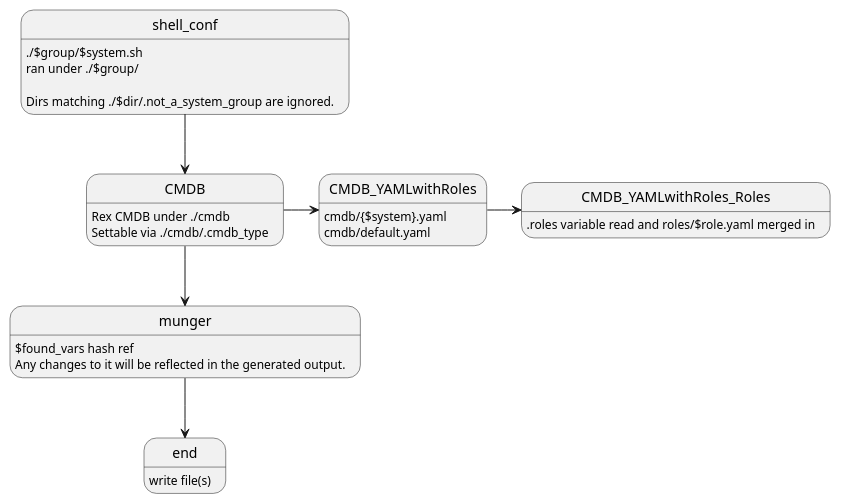
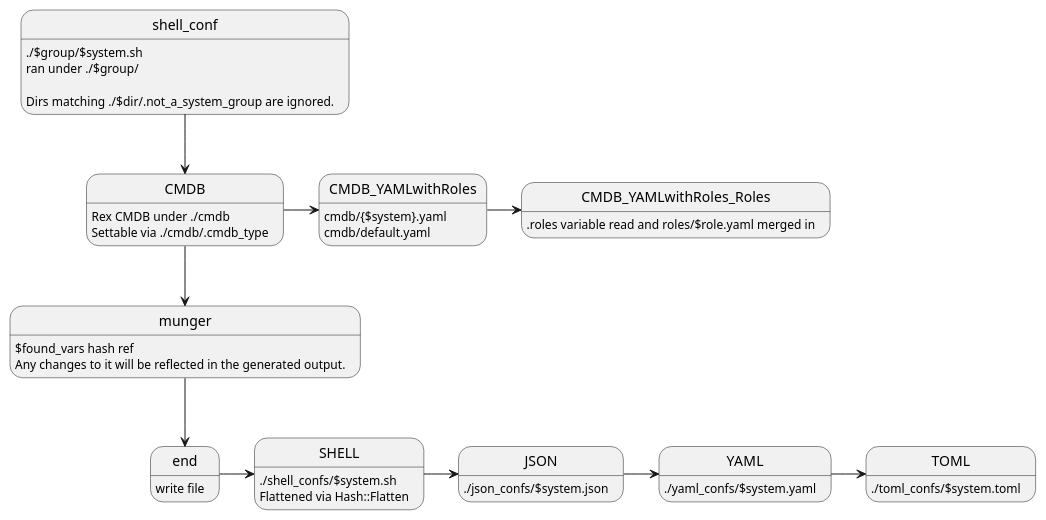
Before and after one commit to VVelox/Shell-Var-Reader: the diagram in plantuml/general_flow.plantuml, drawn with PlantUML. The commit also changed 1 other file, not shown here.

```diff
--- a/plantuml/general_flow.plantuml
+++ b/plantuml/general_flow.plantuml
@@ -1,20 +1,29 @@
 @startuml
 hide empty description
 shell_conf : ./$group/$system.sh
 shell_conf : ran under ./$group/
 shell_conf :
 shell_conf : Dirs matching ./$dir/.not_a_system_group are ignored.
 shell_conf --> CMDB
 CMDB:  Rex CMDB under ./cmdb
 CMDB: Settable via ./cmdb/.cmdb_type
 CMDB -> CMDB_YAMLwithRoles
 CMDB_YAMLwithRoles : cmdb/{$system}.yaml
 CMDB_YAMLwithRoles : cmdb/default.yaml
 CMDB_YAMLwithRoles -> CMDB_YAMLwithRoles_Roles
 CMDB_YAMLwithRoles_Roles : .roles variable read and roles/$role.yaml merged in
 CMDB --> munger
 munger :  $found_vars hash ref
 munger : Any changes to it will be reflected in the generated output.
 munger --> end
-end : write file(s)
+end : write file
+end -> SHELL
+SHELL : ./shell_confs/$system.sh
+SHELL : Flattened via Hash::Flatten
+SHELL -> JSON
+JSON : ./json_confs/$system.json
+JSON -> YAML
+YAML : ./yaml_confs/$system.yaml
+YAML -> TOML
+TOML : ./toml_confs/$system.toml
 @enduml
```
